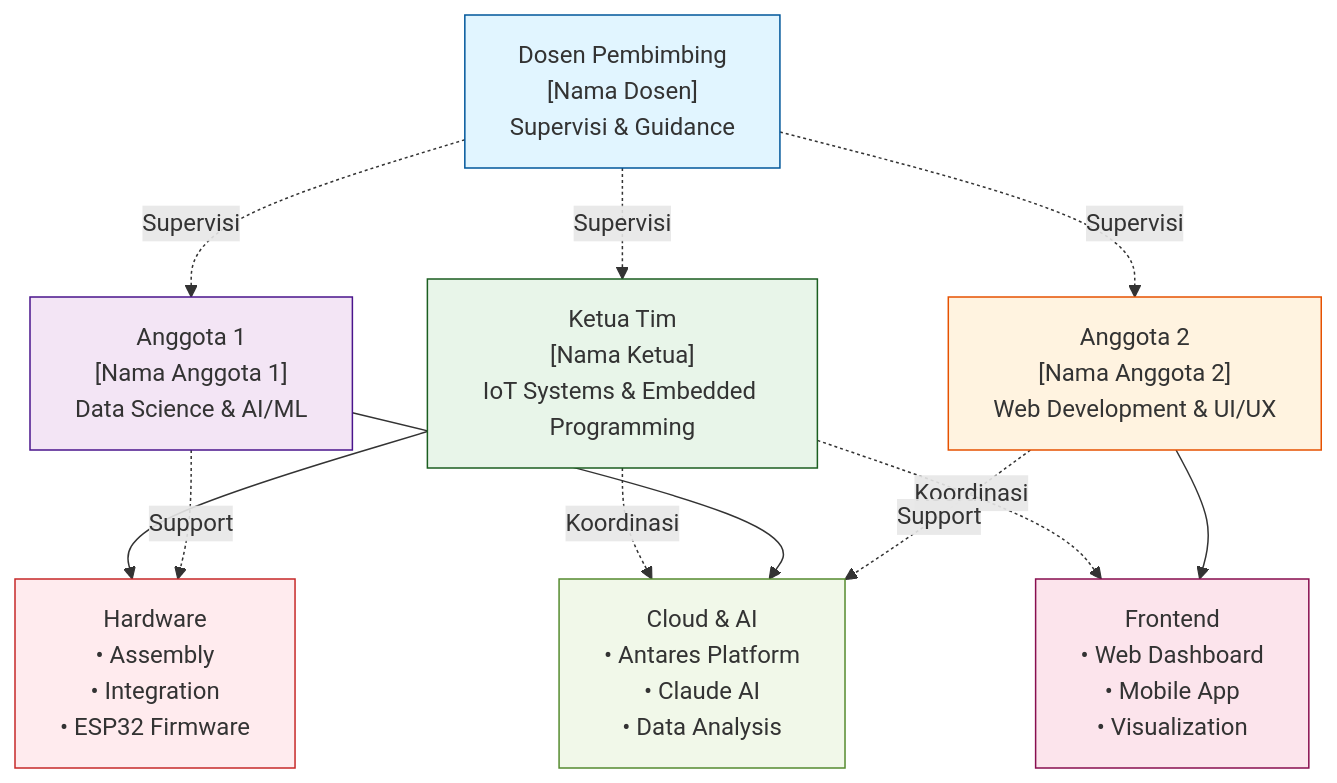
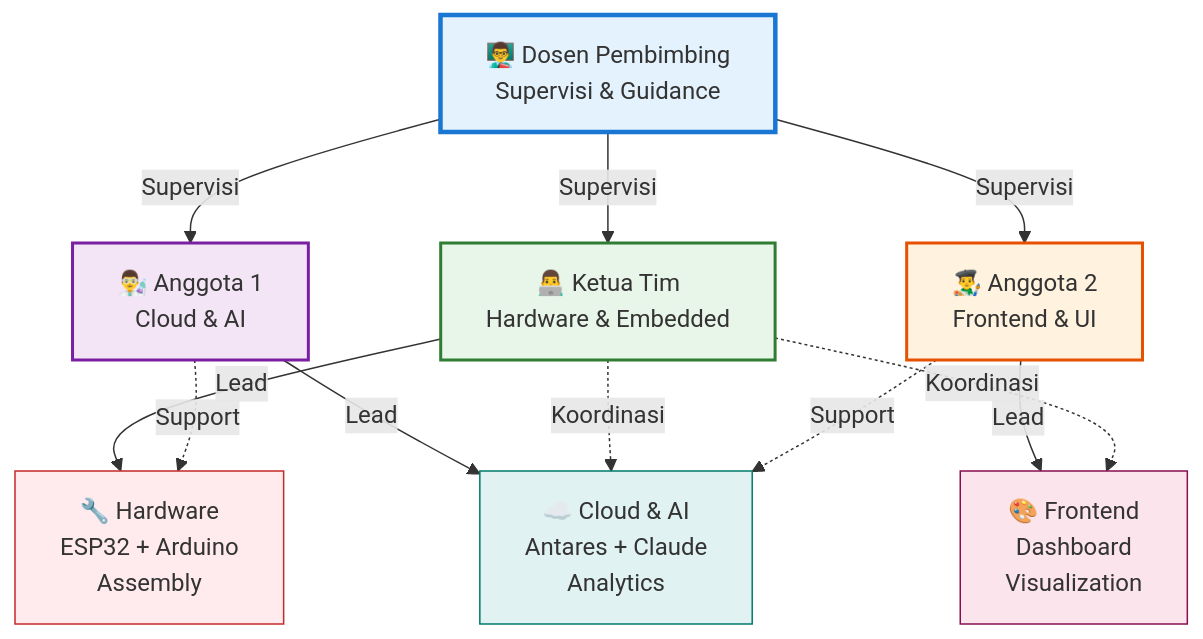
The sixth of 7 diagrams in Proposal.md (antonprafanto/weather_sensor), drawn with Mermaid before and after one commit. The commit also changed other lines of this file, not shown here.

````diff
--- a/Proposal.md
+++ b/Proposal.md
@@ -1813,34 +1760,29 @@
 ```mermaid
-graph TD
-    Pembimbing["Dosen Pembimbing<br/>[Nama Dosen]<br/>Supervisi & Guidance"]
+graph TB
+    Supervisor["👨‍🏫 Dosen Pembimbing<br/>Supervisi & Guidance"]
 
-    Ketua["Ketua Tim<br/>[Nama Ketua]<br/>IoT Systems & Embedded Programming"]
-    Anggota1["Anggota 1<br/>[Nama Anggota 1]<br/>Data Science & AI/ML"]
-    Anggota2["Anggota 2<br/>[Nama Anggota 2]<br/>Web Development & UI/UX"]
+    Leader["👨‍💻 Ketua Tim<br/>Hardware & Embedded"]
+    Member1["👨‍🔬 Anggota 1<br/>Cloud & AI"]
+    Member2["👨‍🎨 Anggota 2<br/>Frontend & UI"]
 
-    Hardware["Hardware<br/>• Assembly<br/>• Integration<br/>• ESP32 Firmware"]
-    Cloud["Cloud & AI<br/>• Antares Platform<br/>• Claude AI<br/>• Data Analysis"]
-    Frontend["Frontend<br/>• Web Dashboard<br/>• Mobile App<br/>• Visualization"]
+    Supervisor -->|Supervisi| Leader
+    Supervisor -->|Supervisi| Member1
+    Supervisor -->|Supervisi| Member2
 
-    Pembimbing -.Supervisi.-> Ketua
-    Pembimbing -.Supervisi.-> Anggota1
-    Pembimbing -.Supervisi.-> Anggota2
+    Leader -->|Lead| HW["🔧 Hardware<br/>ESP32 + Arduino<br/>Assembly"]
+    Member1 -->|Lead| CL["☁️ Cloud & AI<br/>Antares + Claude<br/>Analytics"]
+    Member2 -->|Lead| FE["🎨 Frontend<br/>Dashboard<br/>Visualization"]
 
-    Ketua --> Hardware
-    Ketua -.Koordinasi.-> Cloud
-    Ketua -.Koordinasi.-> Frontend
+    Leader -.Koordinasi.-> CL
+    Leader -.Koordinasi.-> FE
+    Member1 -.Support.-> HW
+    Member2 -.Support.-> CL
 
-    Anggota1 --> Cloud
-    Anggota1 -.Support.-> Hardware
-
-    Anggota2 --> Frontend
-    Anggota2 -.Support.-> Cloud
-
-    style Pembimbing fill:#e1f5ff,stroke:#01579b
-    style Ketua fill:#e8f5e9,stroke:#1b5e20
-    style Anggota1 fill:#f3e5f5,stroke:#4a148c
-    style Anggota2 fill:#fff3e0,stroke:#e65100
-    style Hardware fill:#ffebee,stroke:#c62828
-    style Cloud fill:#f1f8e9,stroke:#558b2f
-    style Frontend fill:#fce4ec,stroke:#880e4f
+    style Supervisor fill:#e3f2fd,stroke:#1976d2,stroke-width:3px
+    style Leader fill:#e8f5e9,stroke:#2e7d32,stroke-width:2px
+    style Member1 fill:#f3e5f5,stroke:#7b1fa2,stroke-width:2px
+    style Member2 fill:#fff3e0,stroke:#e65100,stroke-width:2px
+    style HW fill:#ffebee,stroke:#c62828
+    style CL fill:#e0f2f1,stroke:#00796b
+    style FE fill:#fce4ec,stroke:#880e4f
 ```
````
